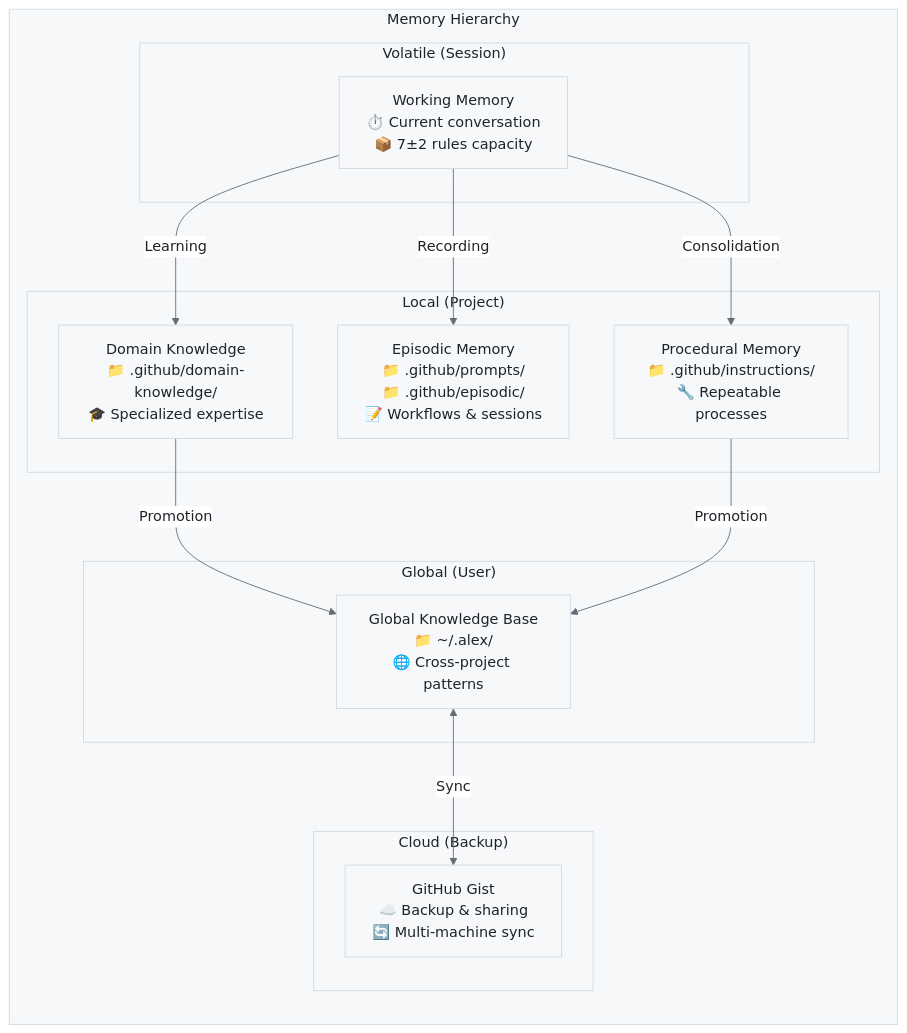
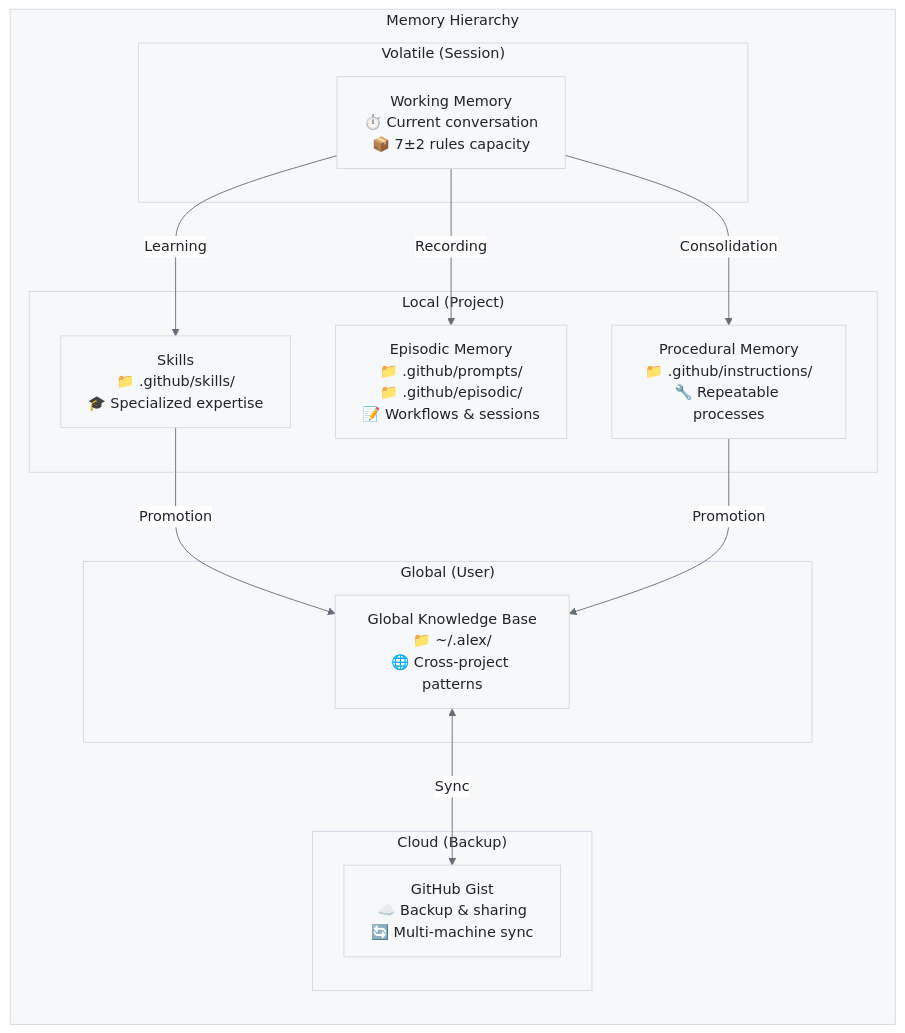
The third of 5 diagrams in alex_docs/COGNITIVE-ARCHITECTURE.md (fabioc-aloha/Alex_Plug_In), drawn with Mermaid before and after one commit. The commit also changed other lines of this file and 158 other files, not shown here.

First line of the commit message:
docs: Epic architecture consistency update (v3.7.3)

````diff
--- a/alex_docs/COGNITIVE-ARCHITECTURE.md
+++ b/alex_docs/COGNITIVE-ARCHITECTURE.md
@@ -128,34 +128,34 @@
 ```mermaid
 %%{init: {'theme': 'base', 'themeVariables': { 'primaryColor': '#f6f8fa', 'primaryTextColor': '#1f2328', 'primaryBorderColor': '#d1d9e0', 'lineColor': '#656d76', 'secondaryColor': '#f6f8fa', 'tertiaryColor': '#ffffff', 'background': '#ffffff', 'mainBkg': '#f6f8fa', 'nodeBorder': '#d1d9e0', 'clusterBkg': '#f6f8fa', 'clusterBorder': '#d1d9e0', 'titleColor': '#1f2328', 'edgeLabelBackground': '#ffffff'}}}%%
 graph TB
     subgraph "Memory Hierarchy"
         direction TB
 
         subgraph "Volatile (Session)"
             WM[Working Memory<br/>⏱️ Current conversation<br/>📦 7±2 rules capacity]
         end
 
         subgraph "Local (Project)"
             PROC[Procedural Memory<br/>📁 .github/instructions/<br/>🔧 Repeatable processes]
             EPIS[Episodic Memory<br/>📁 .github/prompts/<br/>📁 .github/episodic/<br/>📝 Workflows & sessions]
-            DOM[Domain Knowledge<br/>📁 .github/domain-knowledge/<br/>🎓 Specialized expertise]
+            SKILLS[Skills<br/>📁 .github/skills/<br/>🎓 Specialized expertise]
         end
 
         subgraph "Global (User)"
             GKB[Global Knowledge Base<br/>📁 ~/.alex/<br/>🌐 Cross-project patterns]
         end
 
         subgraph "Cloud (Backup)"
             GIST[GitHub Gist<br/>☁️ Backup & sharing<br/>🔄 Multi-machine sync]
         end
     end
 
     WM -->|"Consolidation"| PROC
     WM -->|"Recording"| EPIS
-    WM -->|"Learning"| DOM
+    WM -->|"Learning"| SKILLS
 
-    DOM -->|"Promotion"| GKB
+    SKILLS -->|"Promotion"| GKB
     PROC -->|"Promotion"| GKB
 
     GKB <-->|"Sync"| GIST
 ```
````
